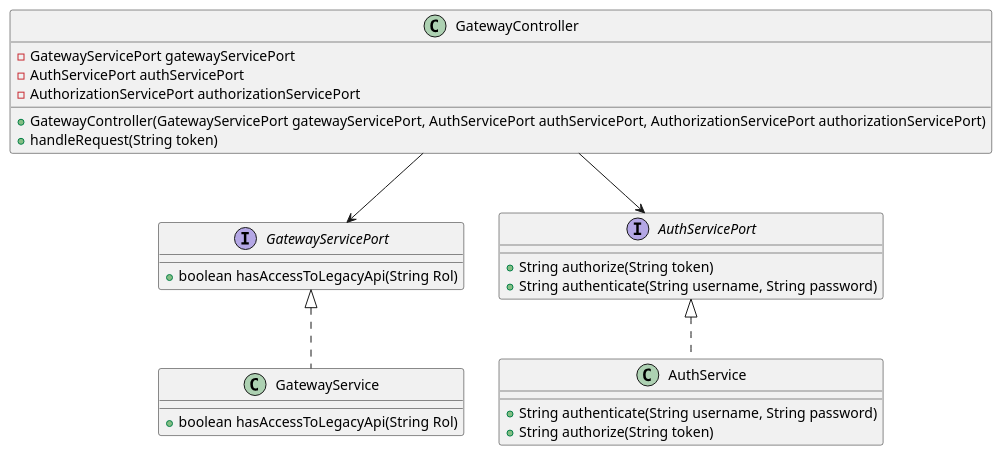
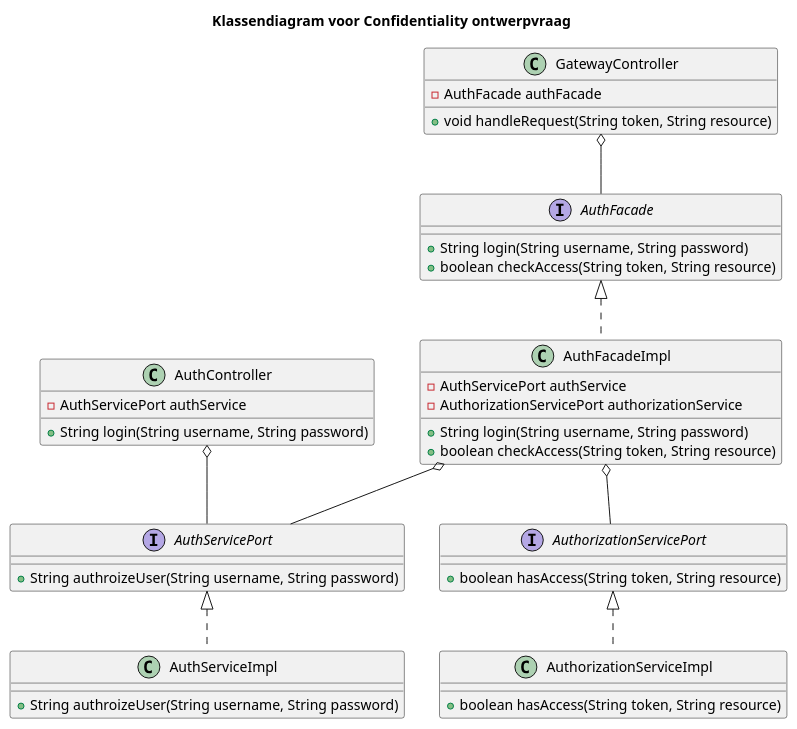
One commit to AIM-ENE-feb25/triptop-groep-b5 changed the diagram in week-2/les 3/pressure_cooker/klassen-diagram/klassendiagram-Confidentiality.puml. Above: the diagram before and after it, drawn with PlantUML. The commit also changed 22 other files, not shown here.

Commit message:
Nieuwe diagrammen en nieuwe gefaalde code.

```diff
--- a/week-2/les 3/pressure_cooker/klassen-diagram/klassendiagram-Confidentiality.puml
+++ b/week-2/les 3/pressure_cooker/klassen-diagram/klassendiagram-Confidentiality.puml
@@ -1,31 +1,50 @@
 @startuml
-interface GatewayServicePort {
-    + boolean hasAccessToLegacyApi(String Rol)
+title Klassendiagram voor Confidentiality ontwerpvraag
+
+interface AuthServicePort {
+    + String authroizeUser(String username, String password)
 }
 
-interface AuthServicePort {
-    + String authorize(String token)
-    + String authenticate(String username, String password)
+interface AuthorizationServicePort {
+    + boolean hasAccess(String token, String resource)
+}
+
+interface AuthFacade {
+    + String login(String username, String password)
+    + boolean checkAccess(String token, String resource)
+}
+
+class AuthServiceImpl {
+    + String authroizeUser(String username, String password)
+}
+
+class AuthorizationServiceImpl {
+    + boolean hasAccess(String token, String resource)
+}
+
+class AuthFacadeImpl {
+    - AuthServicePort authService
+    - AuthorizationServicePort authorizationService
+    + String login(String username, String password)
+    + boolean checkAccess(String token, String resource)
+}
+
+class AuthController {
+    - AuthServicePort authService
+    + String login(String username, String password)
 }
 
 class GatewayController {
-    - GatewayServicePort gatewayServicePort
-    - AuthServicePort authServicePort
-    - AuthorizationServicePort authorizationServicePort
-    + GatewayController(GatewayServicePort gatewayServicePort, AuthServicePort authServicePort, AuthorizationServicePort authorizationServicePort)
-    + handleRequest(String token)
+    - AuthFacade authFacade
+    + void handleRequest(String token, String resource)
 }
 
-class GatewayService implements GatewayServicePort {
-    + boolean hasAccessToLegacyApi(String Rol)
-}
-
-class AuthService implements AuthServicePort {
-    + String authenticate(String username, String password)
-    + String authorize(String token)
-}
-
-GatewayController --> GatewayServicePort
-GatewayController --> AuthServicePort
+AuthFacade <|.. AuthFacadeImpl
+AuthServicePort <|.. AuthServiceImpl
+AuthorizationServicePort <|.. AuthorizationServiceImpl
+AuthFacadeImpl o-- AuthServicePort
+AuthFacadeImpl o-- AuthorizationServicePort
+AuthController o-- AuthServicePort
+GatewayController o-- AuthFacade
 
 @enduml
```
